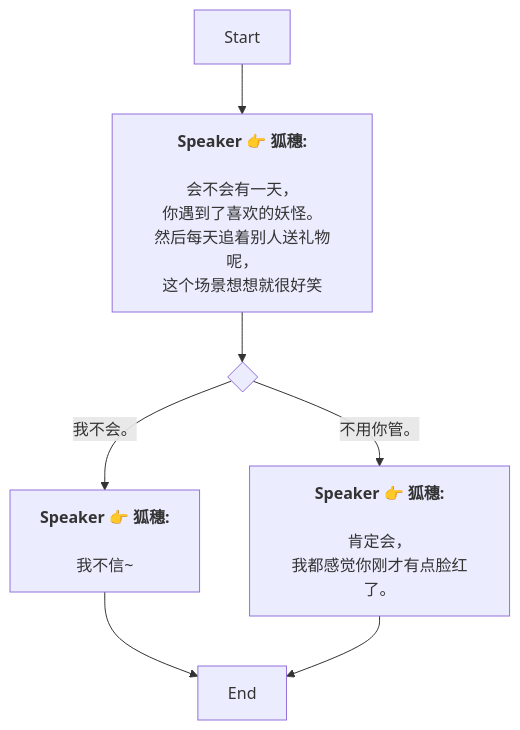
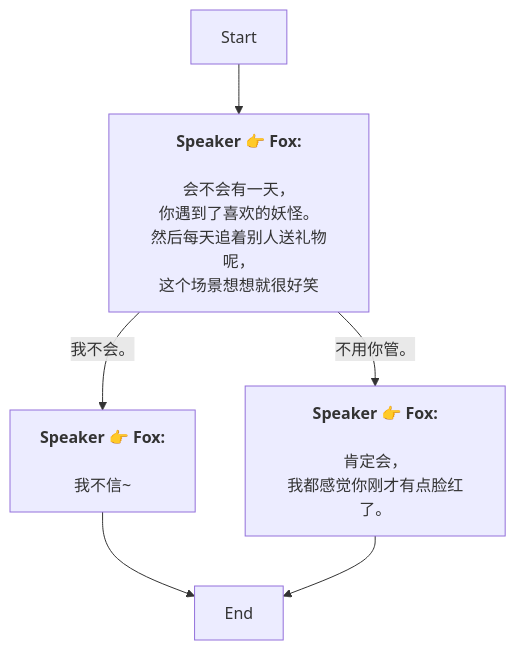
The diagram in Zh/QuestStartTalkENode_1751475250371921.md (SoftHu/tos_avg), drawn with Mermaid before and after one commit. The commit also changed 737 other files, not shown here.

````diff
--- a/Zh/QuestStartTalkENode_1751475250371921.md
+++ b/Zh/QuestStartTalkENode_1751475250371921.md
@@ -1,20 +1,15 @@
 ```mermaid
 graph
-Start -->1751475306371413[<b>Speaker 👉 狐穗:</b>
-
-会不会有一天，
-你遇到了喜欢的妖怪。
-然后每天追着别人送礼物呢，
+Start -->1751475306371413[<b>Speaker 👉 Fox:</b>
+\n会不会有一天，
+你遇到了喜欢的妖怪。\n然后每天追着别人送礼物呢，
 这个场景想想就很好笑]
-1751475306371413 -->1751475359048022{ }
-1751475359048022 -->|我不会。|1751475373995355[<b>Speaker 👉 狐穗:</b>
-
-我不信~]
-1751475359048022 -->|不用你管。|1751475386044764[<b>Speaker 👉 狐穗:</b>
-
-肯定会，
+1751475306371413 -->|我不会。|1751475373995355[<b>Speaker 👉 Fox:</b>
+\n我不信~]
+1751475306371413 -->|不用你管。|1751475386044764[<b>Speaker 👉 Fox:</b>
+\n肯定会，
 我都感觉你刚才有点脸红了。]
 1751475373995355 -->1751475304513876[End]
 1751475386044764 -->1751475304513876[End]
 
- ```
+```
````
